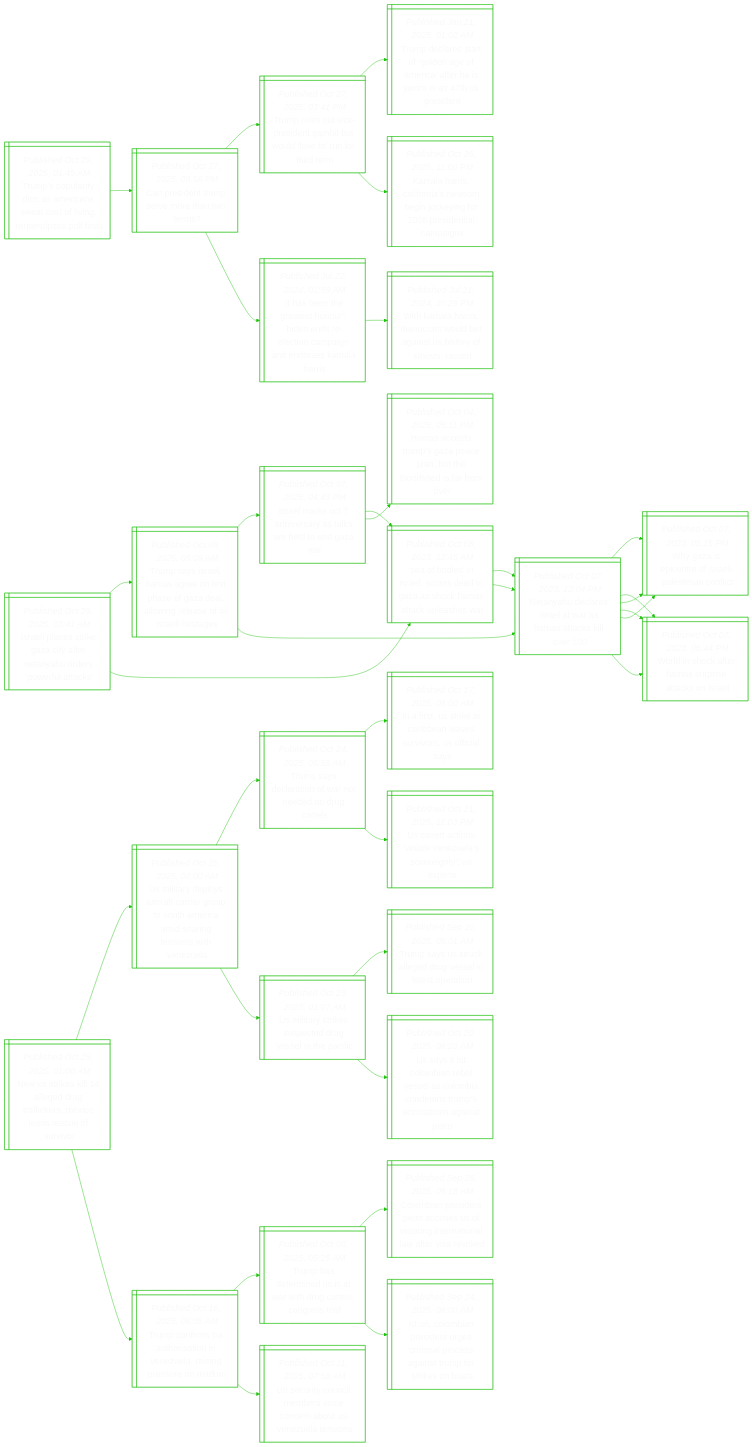
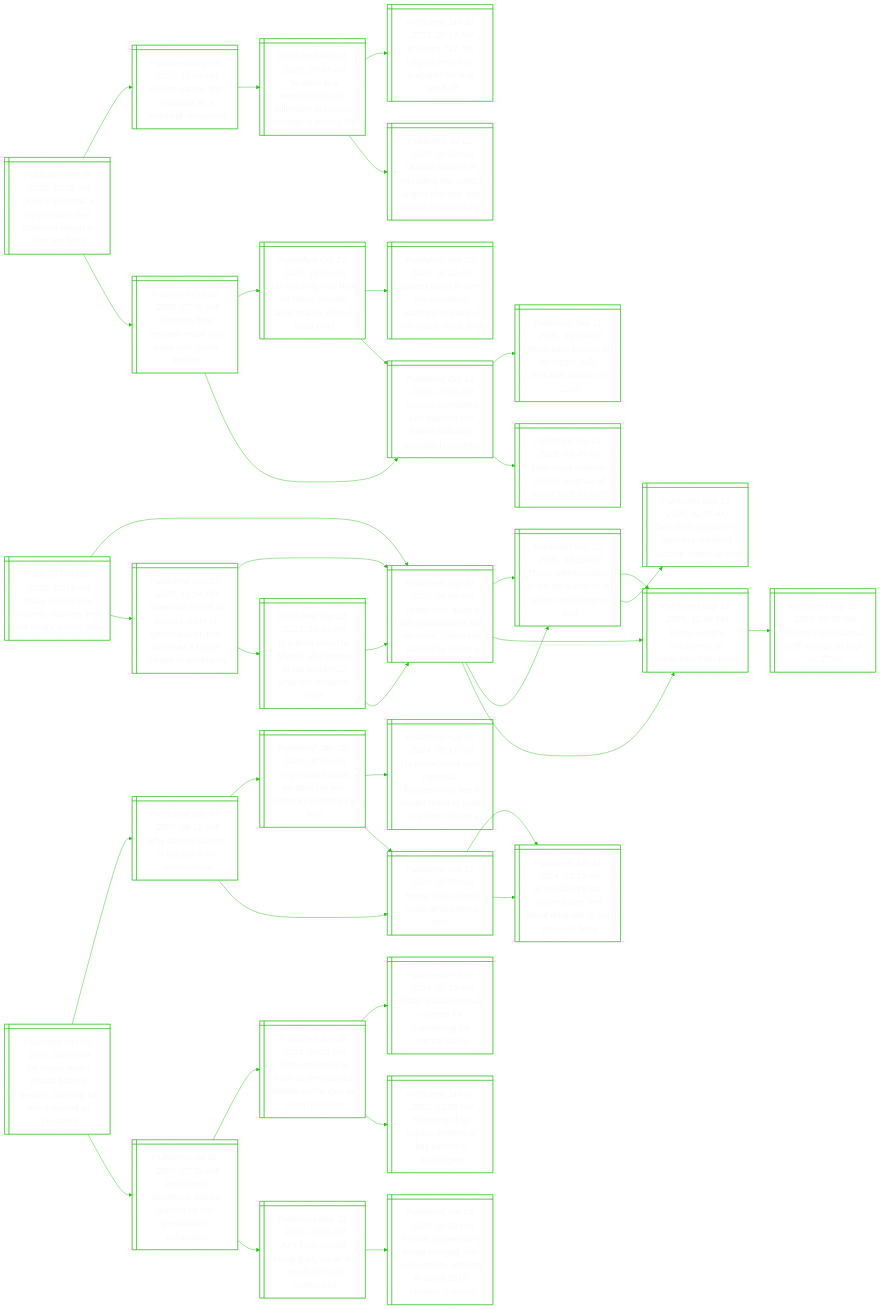
Before and after one commit to notJmes/notJmes: the diagram in README.md, drawn with Mermaid. The commit also changed other lines of this file, not shown here.

````diff
--- a/README.md
+++ b/README.md
@@ -16,112 +16,127 @@
 flowchart LR
 classDef txtsize font-size:20px;
 
-Ilnrateaureak@{ shape: win-pane, label: "_Published Oct 29, 2025, 03:41 AM_
-Israeli planes strike gaza city after netanyahu orders ‘powerful attacks’" }
-TssHaossaaorslaoe@{ shape: win-pane, label: "_Published Oct 09, 2025, 05:09 AM_
-Trump says israel, hamas agree on first phase of gaza deal, allowing release of all israeli hostages" }
-Ilsnrakhoar@{ shape: win-pane, label: "_Published Oct 07, 2025, 04:43 PM_
-Israel marks oct 7 anniversary as talks are held to end gaza war" }
-Sbsrcdnacaale@{ shape: win-pane, label: "_Published Oct 08, 2023, 12:45 AM_
-‘sea of bodies’ in israel, scores dead in gaza as shock hamas attack unleashes war" }
-Hatmzcnhodro@{ shape: win-pane, label: "_Published Oct 04, 2025, 05:11 PM_
-Hamas accepts trump’s gaza peace plan, but the bloodshed is far from over" }
-NyeeawHakl@{ shape: win-pane, label: "_Published Oct 07, 2023, 12:04 PM_
-Netanyahu declares israel at war as hamas attacks kill over 100" }
-WzptIleint@{ shape: win-pane, label: "_Published Oct 07, 2023, 05:15 PM_
-Why gaza is epicentre of israeli-palestinian conflict" }
-Wiceapaks@{ shape: win-pane, label: "_Published Oct 07, 2023, 06:44 PM_
-World in shock after hamas surprise attacks on israel" }
-Sbsrcdnacaale@{ shape: win-pane, label: "_Published Oct 08, 2023, 12:45 AM_
-‘sea of bodies’ in israel, scores dead in gaza as shock hamas attack unleashes war" }
-NyeeawHakl@{ shape: win-pane, label: "_Published Oct 07, 2023, 12:04 PM_
-Netanyahu declares israel at war as hamas attacks kill over 100" }
-WzptIleint@{ shape: win-pane, label: "_Published Oct 07, 2023, 05:15 PM_
-Why gaza is epicentre of israeli-palestinian conflict" }
-Wiceapaks@{ shape: win-pane, label: "_Published Oct 07, 2023, 06:44 PM_
-World in shock after hamas surprise attacks on israel" }
-NyeeawHakl@{ shape: win-pane, label: "_Published Oct 07, 2023, 12:04 PM_
-Netanyahu declares israel at war as hamas attacks kill over 100" }
-WzptIleint@{ shape: win-pane, label: "_Published Oct 07, 2023, 05:15 PM_
-Why gaza is epicentre of israeli-palestinian conflict" }
-Wiceapaks@{ shape: win-pane, label: "_Published Oct 07, 2023, 06:44 PM_
-World in shock after hamas surprise attacks on israel" }
+QssXovlnsntft@{ shape: win-pane, label: "_Published Oct 29, 2025, 07:38 AM_
+Quiet supersonic x-59 jet soars over california desert in first test flight" }
+Festoescnt@{ shape: win-pane, label: "_Published May 05, 2025, 10:00 PM_
+France names first concorde jet a historical monument" }
+FeaebBoesoti@{ shape: win-pane, label: "_Published Feb 01, 2023, 02:42 AM_
+'farewell to a wonderful beast': billionaire branson's homage to boeing 747" }
+Bgonmtaoad@{ shape: win-pane, label: "_Published Jan 30, 2023, 08:16 AM_
+Boeing's 747, the original jumbo jet, prepares for final send-off" }
+Unarltratlahrn@{ shape: win-pane, label: "_Published Jul 03, 2022, 09:26 AM_
+Ukraine dreams of rebuilding the world's largest airplane. can richard branson help?" }
+ToatMnaMin@{ shape: win-pane, label: "_Published Oct 22, 2025, 07:00 AM_
+Tensions flare between musk and nasa over moon mission" }
+Uinboniiclai@{ shape: win-pane, label: "_Published Oct 21, 2025, 12:55 AM_
+Us soliciting new bids for moon mission amid spacex delays: nasa chief" }
+SXsneetiMneuy@{ shape: win-pane, label: "_Published Sep 23, 2024, 05:12 AM_
+Spacex plans to send five uncrewed starships to mars in two years, musk says" }
+SXltrtedigdo@{ shape: win-pane, label: "_Published Oct 14, 2025, 07:49 AM_
+Spacex completes 11th starship test before debuting upgraded prototype" }
+SXltrtedigdo@{ shape: win-pane, label: "_Published Oct 14, 2025, 07:49 AM_
+Spacex completes 11th starship test before debuting upgraded prototype" }
+Maaoifrbap@{ shape: win-pane, label: "_Published Sep 11, 2025, 09:30 PM_
+Musk says spacex to fly bigger, fully reusable starship in 2026" }
+Euoseeft@{ shape: win-pane, label: "_Published Jun 04, 2025, 03:46 AM_
+Elon musk projects spacex revenue of about $20b in 2025" }
 
-Ilnrateaureak:::txtsize --> TssHaossaaorslaoe:::txtsize
-TssHaossaaorslaoe:::txtsize --> Ilsnrakhoar:::txtsize
-Ilsnrakhoar:::txtsize --> Sbsrcdnacaale:::txtsize
-Ilsnrakhoar:::txtsize --> Hatmzcnhodro:::txtsize
-TssHaossaaorslaoe:::txtsize --> NyeeawHakl:::txtsize
-NyeeawHakl:::txtsize --> WzptIleint:::txtsize
-NyeeawHakl:::txtsize --> Wiceapaks:::txtsize
-Ilnrateaureak:::txtsize --> Sbsrcdnacaale:::txtsize
-Sbsrcdnacaale:::txtsize --> NyeeawHakl:::txtsize
-NyeeawHakl:::txtsize --> WzptIleint:::txtsize
-NyeeawHakl:::txtsize --> Wiceapaks:::txtsize
-Sbsrcdnacaale:::txtsize --> NyeeawHakl:::txtsize
-NyeeawHakl:::txtsize --> WzptIleint:::txtsize
-NyeeawHakl:::txtsize --> Wiceapaks:::txtsize
+QssXovlnsntft:::txtsize --> Festoescnt:::txtsize
+Festoescnt:::txtsize --> FeaebBoesoti:::txtsize
+FeaebBoesoti:::txtsize --> Bgonmtaoad:::txtsize
+FeaebBoesoti:::txtsize --> Unarltratlahrn:::txtsize
+QssXovlnsntft:::txtsize --> ToatMnaMin:::txtsize
+ToatMnaMin:::txtsize --> Uinboniiclai:::txtsize
+Uinboniiclai:::txtsize --> SXsneetiMneuy:::txtsize
+Uinboniiclai:::txtsize --> SXltrtedigdo:::txtsize
+ToatMnaMin:::txtsize --> SXltrtedigdo:::txtsize
+SXltrtedigdo:::txtsize --> Maaoifrbap:::txtsize
+SXltrtedigdo:::txtsize --> Euoseeft:::txtsize
 
-TslyarstoiuIpi@{ shape: win-pane, label: "_Published Oct 29, 2025, 01:45 AM_
-Trump’s popularity dips as americans sweat cost of living, reuters/ipsos poll finds" }
-Cenmvetr@{ shape: win-pane, label: "_Published Oct 27, 2025, 08:56 PM_
-Can president trump serve more than two terms?" }
-Trocstiwloorm@{ shape: win-pane, label: "_Published Oct 27, 2025, 03:41 PM_
-Trump rules out vice-president gambit but would ‘love to’ run for third term" }
-TdragnfitirsPd@{ shape: win-pane, label: "_Published Jan 21, 2025, 01:02 AM_
-Trump declares start of ‘golden age of america’ after he is sworn in as 47th us president" }
-Kaiiiweoiriimn@{ shape: win-pane, label: "_Published Oct 26, 2025, 11:00 PM_
-Kamala harris, california’s newsom begin jockeying for 2028 presidential campaigns" }
-IbhahrnrccidraHs@{ shape: win-pane, label: "_Published Jul 22, 2024, 01:59 AM_
-‘it has been the greatest honour’: biden ends re-election campaign and endorses kamala harris" }
-WaHscwbaUtfsi@{ shape: win-pane, label: "_Published Jul 21, 2024, 10:29 PM_
-With kamala harris, democrats would bet against us history of sexism, racism" }
+Tsylritigis@{ shape: win-pane, label: "_Published Oct 29, 2025, 07:19 AM_
+Texas sues tylenol makers, claiming they hid drug’s autism risks" }
+Tlampelaeitece@{ shape: win-pane, label: "_Published Sep 23, 2025, 04:56 AM_
+Trump links autism with paracetamol and vaccines, claims not backed by science" }
+Taitopeltago@{ shape: win-pane, label: "_Published Sep 22, 2025, 08:53 PM_
+Trump administration to link paracetamol to autism: washington post" }
+TwskoisC@{ shape: win-pane, label: "_Published Sep 13, 2025, 12:58 PM_
+Trump weighs crackdown on medicines from china" }
+Osptegdaedo@{ shape: win-pane, label: "_Published Sep 16, 2025, 02:25 AM_
+One in six us parents rejecting standard vaccine schedule: poll" }
+TwskoisC@{ shape: win-pane, label: "_Published Sep 13, 2025, 12:58 PM_
+Trump weighs crackdown on medicines from china" }
+Tshtfog@{ shape: win-pane, label: "_Published Aug 05, 2025, 09:50 PM_
+Trump says pharma tariff may go as high as 250%" }
+Sthtulfntiyrgnnn@{ shape: win-pane, label: "_Published Sep 23, 2025, 12:54 PM_
+Scientists hit out at trump’s claim of tylenol-autism link, say fever a bigger danger in pregnancy" }
+Tlampelaeitece@{ shape: win-pane, label: "_Published Sep 23, 2025, 04:56 AM_
+Trump links autism with paracetamol and vaccines, claims not backed by science" }
+Taitopeltago@{ shape: win-pane, label: "_Published Sep 22, 2025, 08:53 PM_
+Trump administration to link paracetamol to autism: washington post" }
+TwskoisC@{ shape: win-pane, label: "_Published Sep 13, 2025, 12:58 PM_
+Trump weighs crackdown on medicines from china" }
+IinonswatWhes@{ shape: win-pane, label: "_Published Sep 23, 2025, 10:45 AM_
+Is autism linked to tylenol, also known as paracetamol? what the research says" }
+Tlampelaeitece@{ shape: win-pane, label: "_Published Sep 23, 2025, 04:56 AM_
+Trump links autism with paracetamol and vaccines, claims not backed by science" }
+Tlampelaeitece@{ shape: win-pane, label: "_Published Sep 23, 2025, 04:56 AM_
+Trump links autism with paracetamol and vaccines, claims not backed by science" }
 
-TslyarstoiuIpi:::txtsize --> Cenmvetr:::txtsize
-Cenmvetr:::txtsize --> Trocstiwloorm:::txtsize
-Trocstiwloorm:::txtsize --> TdragnfitirsPd:::txtsize
-Trocstiwloorm:::txtsize --> Kaiiiweoiriimn:::txtsize
-Cenmvetr:::txtsize --> IbhahrnrccidraHs:::txtsize
-IbhahrnrccidraHs:::txtsize --> WaHscwbaUtfsi:::txtsize
+Tsylritigis:::txtsize --> Tlampelaeitece:::txtsize
+Tlampelaeitece:::txtsize --> Taitopeltago:::txtsize
+Taitopeltago:::txtsize --> TwskoisC:::txtsize
+Taitopeltago:::txtsize --> Osptegdaedo:::txtsize
+Tlampelaeitece:::txtsize --> TwskoisC:::txtsize
+TwskoisC:::txtsize --> Tshtfog:::txtsize
+Tsylritigis:::txtsize --> Sthtulfntiyrgnnn:::txtsize
+Sthtulfntiyrgnnn:::txtsize --> Tlampelaeitece:::txtsize
+Tlampelaeitece:::txtsize --> Taitopeltago:::txtsize
+Tlampelaeitece:::txtsize --> TwskoisC:::txtsize
+Sthtulfntiyrgnnn:::txtsize --> IinonswatWhes:::txtsize
+IinonswatWhes:::txtsize --> Tlampelaeitece:::txtsize
+IinonswatWhes:::txtsize --> Tlampelaeitece:::txtsize
 
-Nselgufexeeov@{ shape: win-pane, label: "_Published Oct 29, 2025, 01:00 AM_
-New us strikes kill 14 alleged drug traffickers, mexico leads rescue of survivor" }
-Uidycceuomasnswee@{ shape: win-pane, label: "_Published Oct 25, 2025, 02:00 AM_
-Us military deploys aircraft carrier group to south america amid soaring tensions with venezuela" }
-Tseaonencl@{ shape: win-pane, label: "_Published Oct 24, 2025, 05:55 AM_
-Trump says declaration of war not needed on drug cartels" }
-Irseravrrfas@{ shape: win-pane, label: "_Published Oct 17, 2025, 08:00 AM_
-In a first, us strike in caribbean leaves survivors, us official says" }
-Uetvteaenet@{ shape: win-pane, label: "_Published Oct 21, 2025, 11:03 PM_
-Us covert actions ‘violate venezuela’s sovereignty’: un experts" }
-Uisepdvlef@{ shape: win-pane, label: "_Published Oct 23, 2025, 01:07 AM_
-Us military strikes suspected drug vessel in the pacific" }
-TsScersnsrn@{ shape: win-pane, label: "_Published Sep 20, 2025, 09:01 AM_
-Trump says us struck alleged drug vessel in latest operation" }
-Ustmrvllaeraasnt@{ shape: win-pane, label: "_Published Oct 20, 2025, 08:20 AM_
-Us says it hit colombian rebel vessel as colombia condemns trump’s accusations against petro" }
-TcrAotnzrnsou@{ shape: win-pane, label: "_Published Oct 16, 2025, 06:05 AM_
-Trump confirms cia authorisation in venezuela, raising pressure on maduro" }
-Thtniahclgt@{ shape: win-pane, label: "_Published Oct 03, 2025, 05:25 AM_
-Trump has determined us is at war with drug cartels, congress told" }
-CbretcUiittlfiv@{ shape: win-pane, label: "_Published Sep 28, 2025, 09:18 AM_
-Colombian president petro accuses us of violating international law after visa revoked" }
-Aoienempsiroins@{ shape: win-pane, label: "_Published Sep 24, 2025, 08:00 AM_
-At un, colombian president urges ‘criminal process’ against trump for strikes on boats" }
-UuCiboontnls@{ shape: win-pane, label: "_Published Oct 11, 2025, 07:58 AM_
-Un security council members voice concern about us-venezuela tensions" }
+UsotBsiagsisi@{ shape: win-pane, label: "_Published Oct 29, 2025, 06:59 AM_
+Us house report details biden’s decline, claiming he was impaired as president" }
+Wdaosstr@{ shape: win-pane, label: "_Published Dec 03, 2024, 08:15 AM_
+Why biden’s pardon of his son is so controversial" }
+Ustnosuibln@{ shape: win-pane, label: "_Published Dec 02, 2024, 08:53 AM_
+Us president biden pardons his son hunter in bombshell u-turn" }
+Usoyabendeeepyu@{ shape: win-pane, label: "_Published Aug 08, 2024, 09:41 AM_
+Us prosecutors says romanian businessman hired hunter biden to seek us policy influence" }
+Hrndtts@{ shape: win-pane, label: "_Published Jun 12, 2024, 02:35 AM_
+Hunter biden found guilty. what comes next?" }
+Hrndtts@{ shape: win-pane, label: "_Published Jun 12, 2024, 02:35 AM_
+Hunter biden found guilty. what comes next?" }
+UstHrnadsuji@{ shape: win-pane, label: "_Published Jun 12, 2024, 12:15 AM_
+Us president’s son, hunter biden, lied about drug use to buy gun, jury finds" }
+UstHrnadsuji@{ shape: win-pane, label: "_Published Jun 12, 2024, 12:15 AM_
+Us president’s son, hunter biden, lied about drug use to buy gun, jury finds" }
+Jdirebddaoao@{ shape: win-pane, label: "_Published Jul 01, 2024, 07:39 AM_
+Joe biden’s disastrous debate blamed on bad preparation, exhaustion" }
+BsleUsteenspc@{ shape: win-pane, label: "_Published Jun 28, 2024, 09:21 AM_
+Biden stumbles in early us presidential debate exchanges as trump pounces" }
+Balcoluohnc@{ shape: win-pane, label: "_Published Feb 09, 2024, 07:15 AM_
+Biden assails special counsel for questioning his mental acuity" }
+SiUiinenWn@{ shape: win-pane, label: "_Published Jan 07, 2021, 12:55 PM_
+Storming of us capitol: timeline of key events in washington" }
+JioTgyltuni@{ shape: win-pane, label: "_Published May 31, 2024, 05:18 AM_
+Jury finds donald trump guilty on all 34 counts at hush money trial" }
+Frenmrvseebeia@{ shape: win-pane, label: "_Published Apr 04, 2023, 08:59 PM_
+Former us president trump charged over hush money scheme to boost 2016 election chances" }
 
-Nselgufexeeov:::txtsize --> Uidycceuomasnswee:::txtsize
-Uidycceuomasnswee:::txtsize --> Tseaonencl:::txtsize
-Tseaonencl:::txtsize --> Irseravrrfas:::txtsize
-Tseaonencl:::txtsize --> Uetvteaenet:::txtsize
-Uidycceuomasnswee:::txtsize --> Uisepdvlef:::txtsize
-Uisepdvlef:::txtsize --> TsScersnsrn:::txtsize
-Uisepdvlef:::txtsize --> Ustmrvllaeraasnt:::txtsize
-Nselgufexeeov:::txtsize --> TcrAotnzrnsou:::txtsize
-TcrAotnzrnsou:::txtsize --> Thtniahclgt:::txtsize
-Thtniahclgt:::txtsize --> CbretcUiittlfiv:::txtsize
-Thtniahclgt:::txtsize --> Aoienempsiroins:::txtsize
-TcrAotnzrnsou:::txtsize --> UuCiboontnls:::txtsize
+UsotBsiagsisi:::txtsize --> Wdaosstr:::txtsize
+Wdaosstr:::txtsize --> Ustnosuibln:::txtsize
+Ustnosuibln:::txtsize --> Usoyabendeeepyu:::txtsize
+Ustnosuibln:::txtsize --> Hrndtts:::txtsize
+Wdaosstr:::txtsize --> Hrndtts:::txtsize
+Hrndtts:::txtsize --> UstHrnadsuji:::txtsize
+Hrndtts:::txtsize --> UstHrnadsuji:::txtsize
+UsotBsiagsisi:::txtsize --> Jdirebddaoao:::txtsize
+Jdirebddaoao:::txtsize --> BsleUsteenspc:::txtsize
+BsleUsteenspc:::txtsize --> Balcoluohnc:::txtsize
+BsleUsteenspc:::txtsize --> SiUiinenWn:::txtsize
+Jdirebddaoao:::txtsize --> JioTgyltuni:::txtsize
+JioTgyltuni:::txtsize --> Frenmrvseebeia:::txtsize
 
 ```
````
